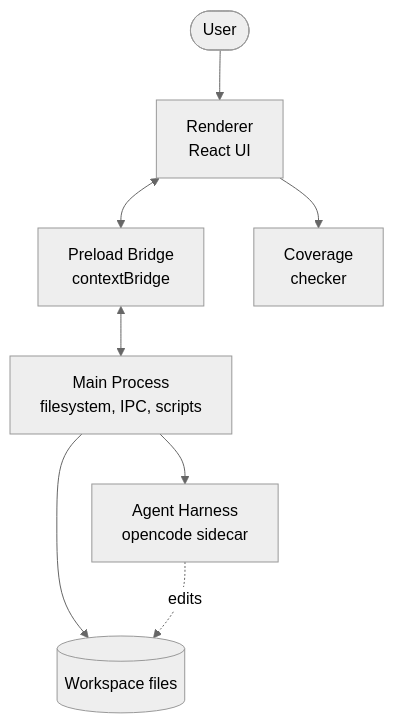
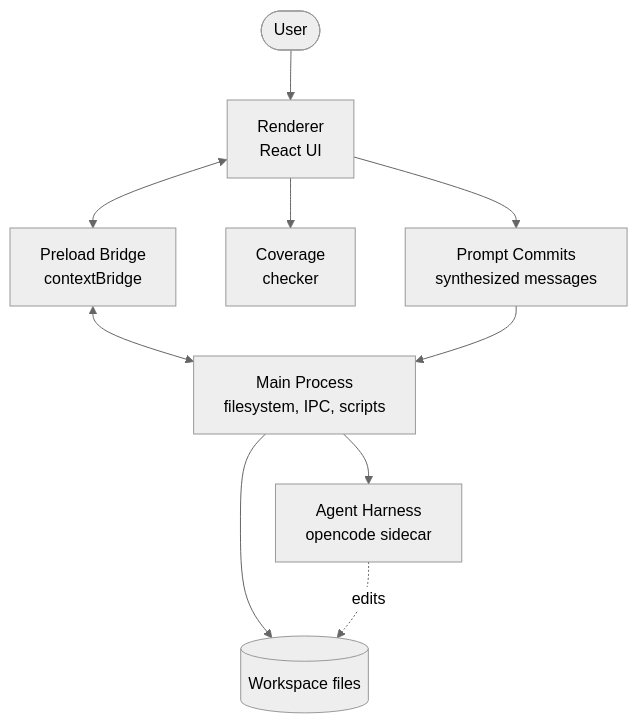
The diagram in overview.md (keithagroves/codeswim), drawn with Mermaid (neutral theme) before and after one commit. The commit also changed other lines of this file and 19 other files, not shown here.

````diff
--- a/overview.md
+++ b/overview.md
@@ -14,16 +14,19 @@
 ```mermaid
 flowchart TD
     User([User]) --> Renderer[Renderer<br/>React UI]
     Renderer <--> Preload[Preload Bridge<br/>contextBridge]
     Preload <--> Main[Main Process<br/>filesystem, IPC, scripts]
     Main --> FS[(Workspace files)]
     Main --> Sidecar[Agent Harness<br/>opencode sidecar]
     Renderer --> Coverage[Coverage<br/>checker]
+    Renderer --> Commit[Prompt Commits<br/>synthesized messages]
+    Commit --> Main
     Sidecar -.->|edits| FS
 
     click Renderer call navigate("./architecture/renderer.md")
     click Preload call navigate("./architecture/preload.md")
     click Main call navigate("./architecture/main-process.md")
     click Sidecar call navigate("./architecture/agent-harness.md")
     click Coverage call navigate("./architecture/coverage.md")
+    click Commit call navigate("./architecture/prompt-commits.md")
 ```
````
